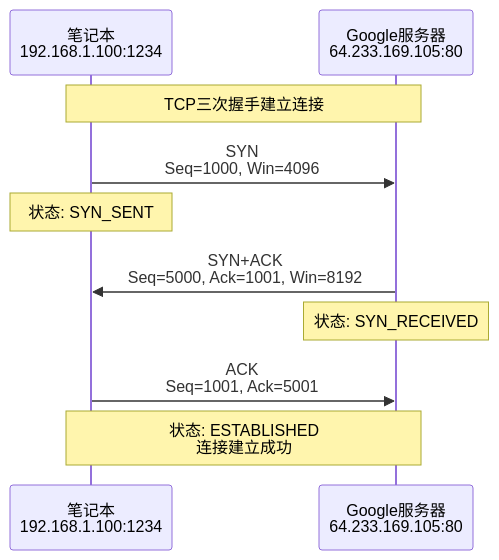
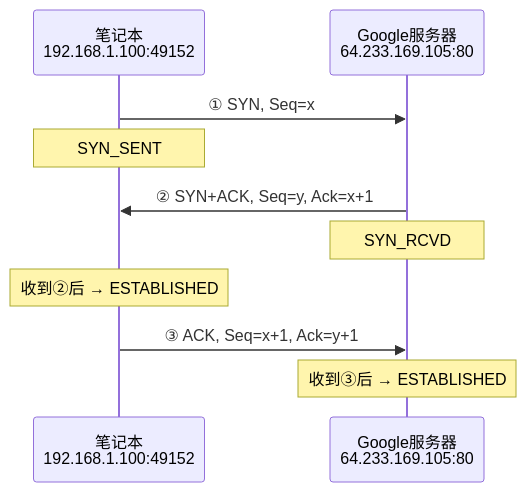
Before and after one commit to Dtheme/CS-base: the fifth of 7 diagrams in 计算机网络/6.7链路层：Web请求历程.md, drawn with Mermaid. The commit also changed other lines of this file and 51 other files, not shown here.

````diff
--- a/计算机网络/6.7链路层：Web请求历程.md
+++ b/计算机网络/6.7链路层：Web请求历程.md
@@ -278,16 +233,13 @@
 ```mermaid
 sequenceDiagram
-    participant Client as 笔记本<br/>192.168.1.100:1234
+    participant Client as 笔记本<br/>192.168.1.100:49152
     participant Server as Google服务器<br/>64.233.169.105:80
-    
-    Note over Client,Server: TCP三次握手建立连接
-    
-    Client->>Server: SYN<br/>Seq=1000, Win=4096
-    Note over Client: 状态: SYN_SENT
-    
-    Server->>Client: SYN+ACK<br/>Seq=5000, Ack=1001, Win=8192
-    Note over Server: 状态: SYN_RECEIVED
-    
-    Client->>Server: ACK<br/>Seq=1001, Ack=5001
-    Note over Client,Server: 状态: ESTABLISHED<br/>连接建立成功
+
+    Client->>Server: ① SYN, Seq=x
+    Note over Client: SYN_SENT
+    Server->>Client: ② SYN+ACK, Seq=y, Ack=x+1
+    Note over Server: SYN_RCVD
+    Note over Client: 收到②后 → ESTABLISHED
+    Client->>Server: ③ ACK, Seq=x+1, Ack=y+1
+    Note over Server: 收到③后 → ESTABLISHED
 ```
````
